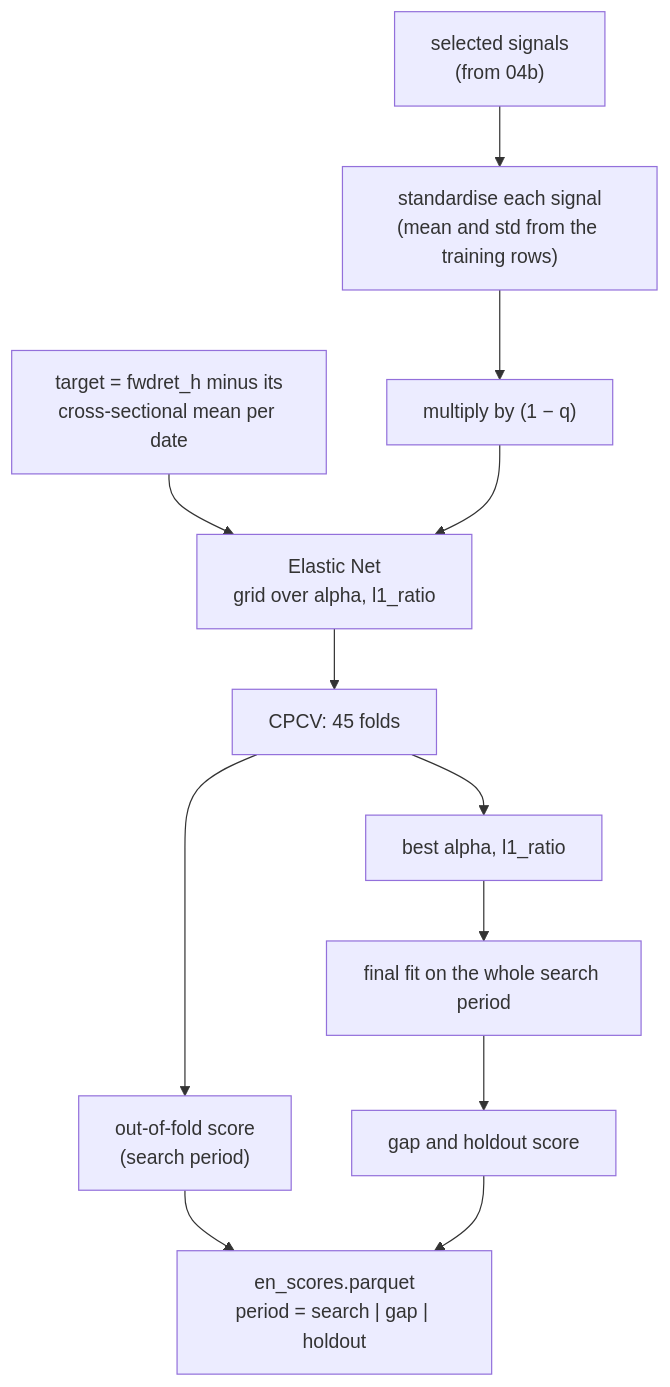
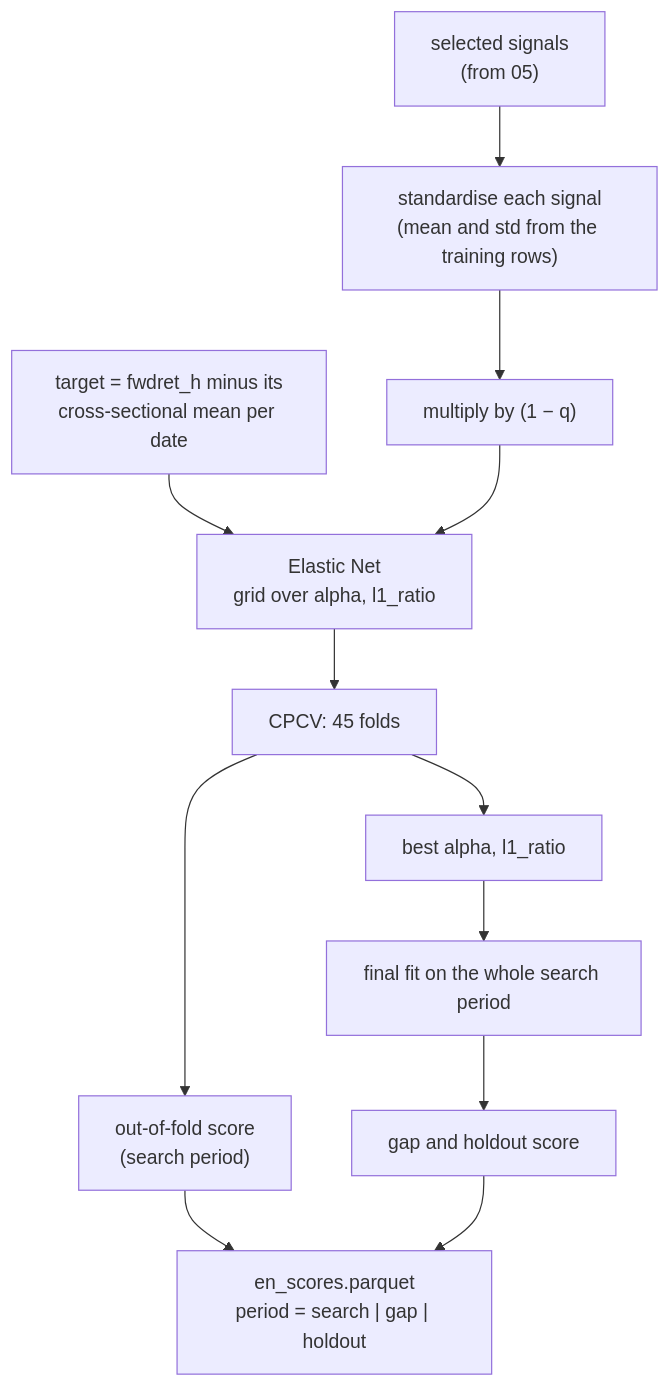
One commit to qlemoal/quant_alpha_lab changed the ninth of 12 diagrams in docs/methodology.md. Above: the diagram before and after it, drawn with Mermaid. The commit also changed other lines of this file and 10 other files, not shown here.

````diff
--- a/docs/methodology.md
+++ b/docs/methodology.md
@@ -246,13 +246,13 @@
 ```mermaid
 flowchart TB
-    SEL["selected signals<br/>(from 04b)"] --> STD["standardise each signal<br/>(mean and std from the training rows)"]
+    SEL["selected signals<br/>(from 05)"] --> STD["standardise each signal<br/>(mean and std from the training rows)"]
     STD --> PW["multiply by (1 − q)"]
     Y["target = fwdret_h minus its<br/>cross-sectional mean per date"] --> EN
     PW --> EN["Elastic Net<br/>grid over alpha, l1_ratio"]
     EN --> CV["CPCV: 45 folds"]
     CV --> OOF["out-of-fold score<br/>(search period)"]
     CV --> BEST["best alpha, l1_ratio"] --> FIN["final fit on the whole search period"]
     FIN --> GH["gap and holdout score"]
     OOF --> OUT["en_scores.parquet<br/>period = search | gap | holdout"]
     GH --> OUT
 ```
````
